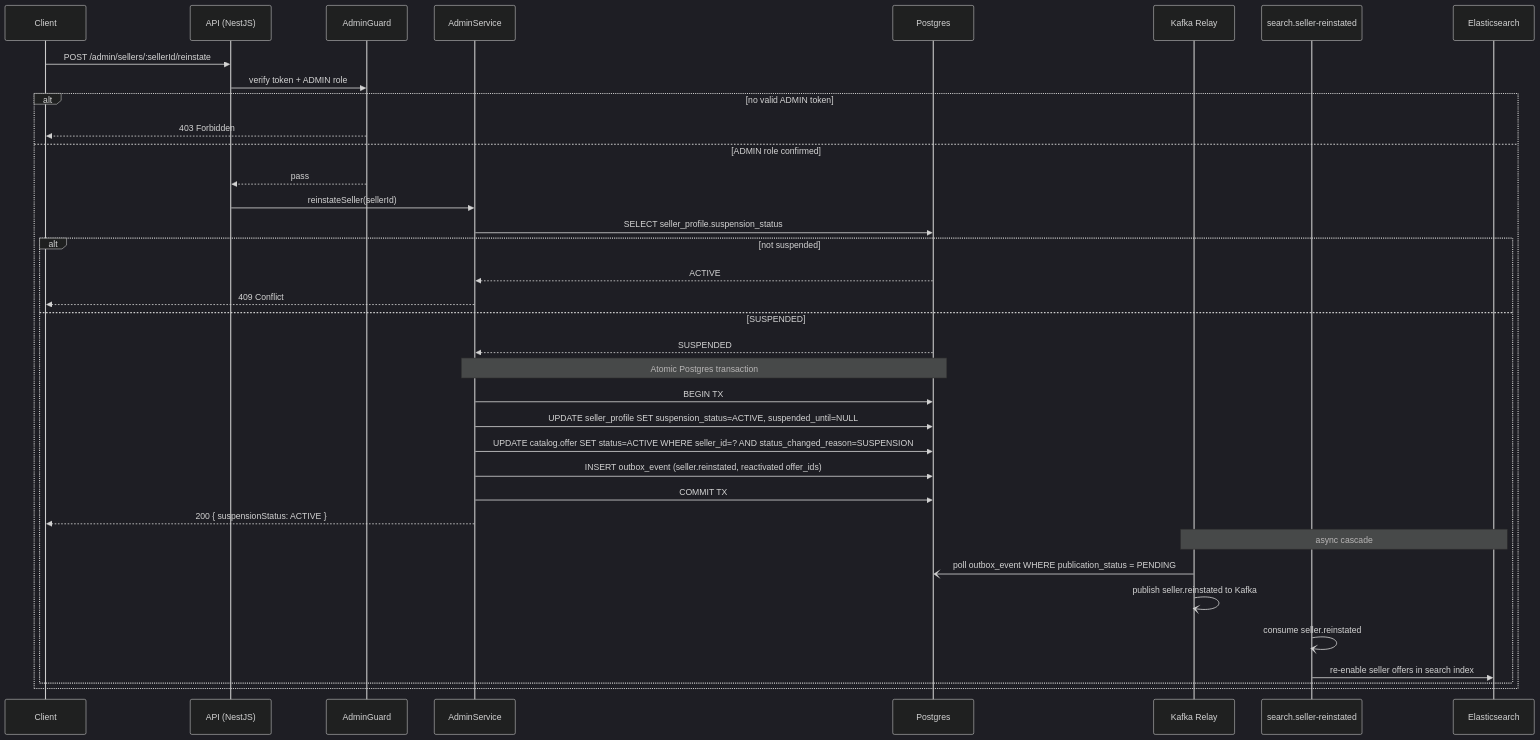
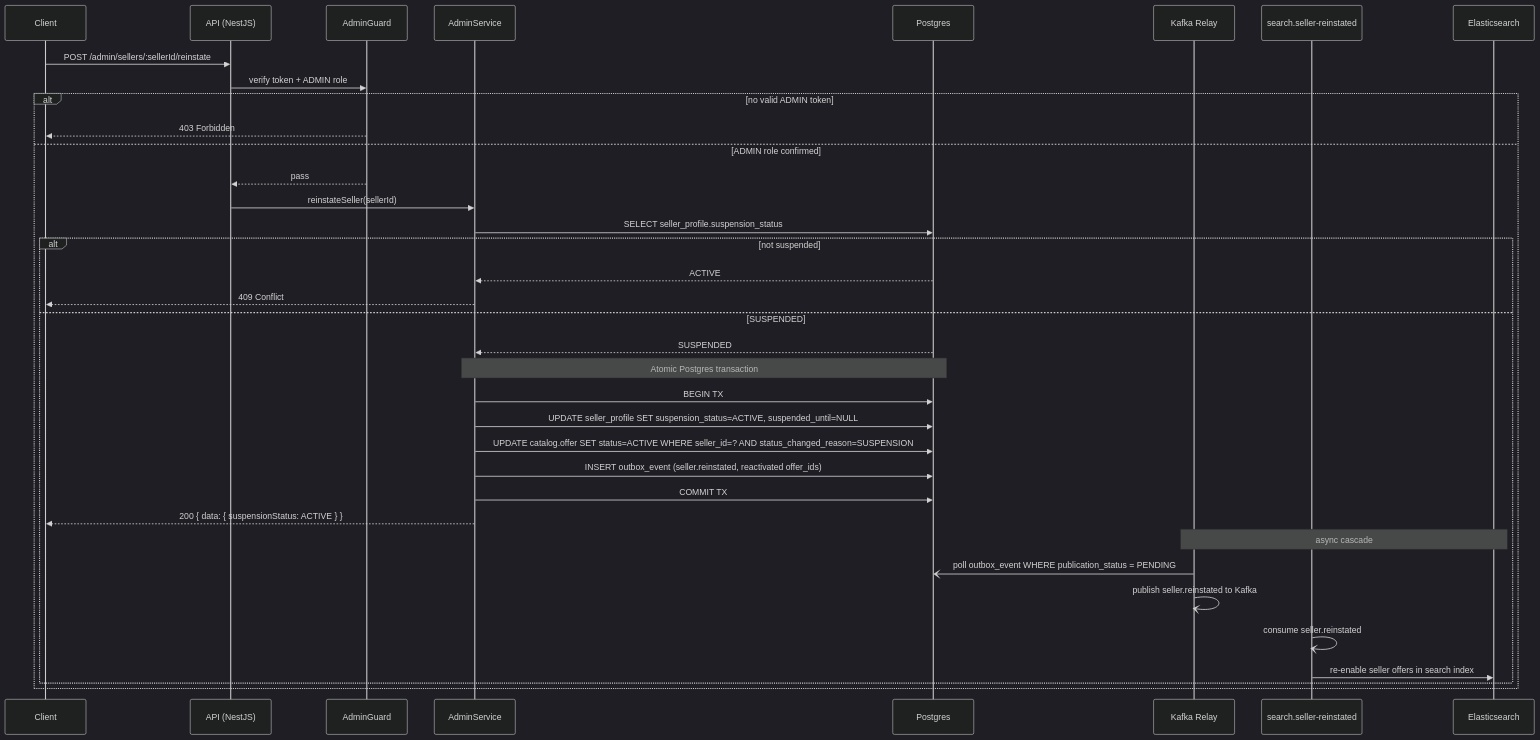
The seventh of 12 diagrams in phase-1/technical-design/api-design/admin.md (alisa-uthi/aliceut-ecom-document), drawn with Mermaid (dark theme) before and after one commit. The commit also changed other lines of this file and 22 other files, not shown here.

````diff
--- a/phase-1/technical-design/api-design/admin.md
+++ b/phase-1/technical-design/api-design/admin.md
@@ -397,39 +401,39 @@
 ```mermaid
 sequenceDiagram
     participant C as Client
     participant API as API (NestJS)
     participant G as AdminGuard
     participant S as AdminService
     participant PG as Postgres
     participant Relay as Kafka Relay
     participant SC as search.seller-reinstated
     participant ES as Elasticsearch
 
     C->>API: POST /admin/sellers/:sellerId/reinstate
     API->>G: verify token + ADMIN role
     alt no valid ADMIN token
         G-->>C: 403 Forbidden
     else ADMIN role confirmed
         G-->>API: pass
         API->>S: reinstateSeller(sellerId)
         S->>PG: SELECT seller_profile.suspension_status
         alt not suspended
             PG-->>S: ACTIVE
             S-->>C: 409 Conflict
         else SUSPENDED
             PG-->>S: SUSPENDED
             Note over S,PG: Atomic Postgres transaction
             S->>PG: BEGIN TX
             S->>PG: UPDATE seller_profile SET suspension_status=ACTIVE, suspended_until=NULL
             S->>PG: UPDATE catalog.offer SET status=ACTIVE WHERE seller_id=? AND status_changed_reason=SUSPENSION
             S->>PG: INSERT outbox_event (seller.reinstated, reactivated offer_ids)
             S->>PG: COMMIT TX
-            S-->>C: 200 { suspensionStatus: ACTIVE }
+            S-->>C: 200 { data: { suspensionStatus: ACTIVE } }
             Note over Relay,ES: async cascade
             Relay-)PG: poll outbox_event WHERE publication_status = PENDING
             Relay-)Relay: publish seller.reinstated to Kafka
             SC-)SC: consume seller.reinstated
             SC->>ES: re-enable seller offers in search index
         end
     end
 ```
````
